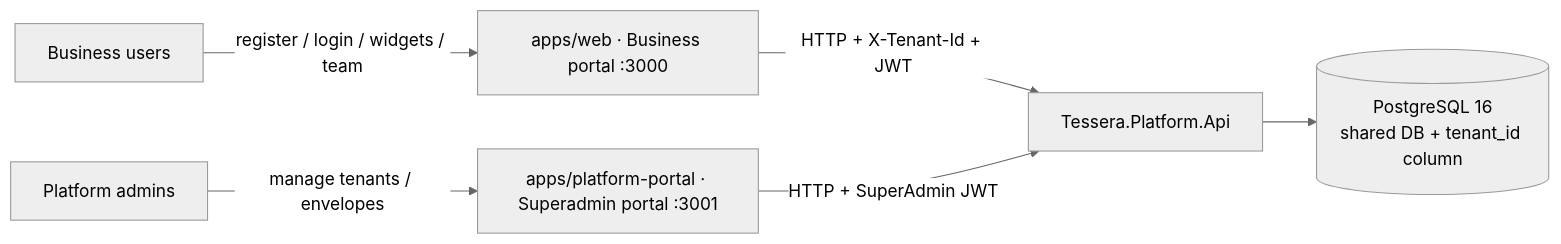
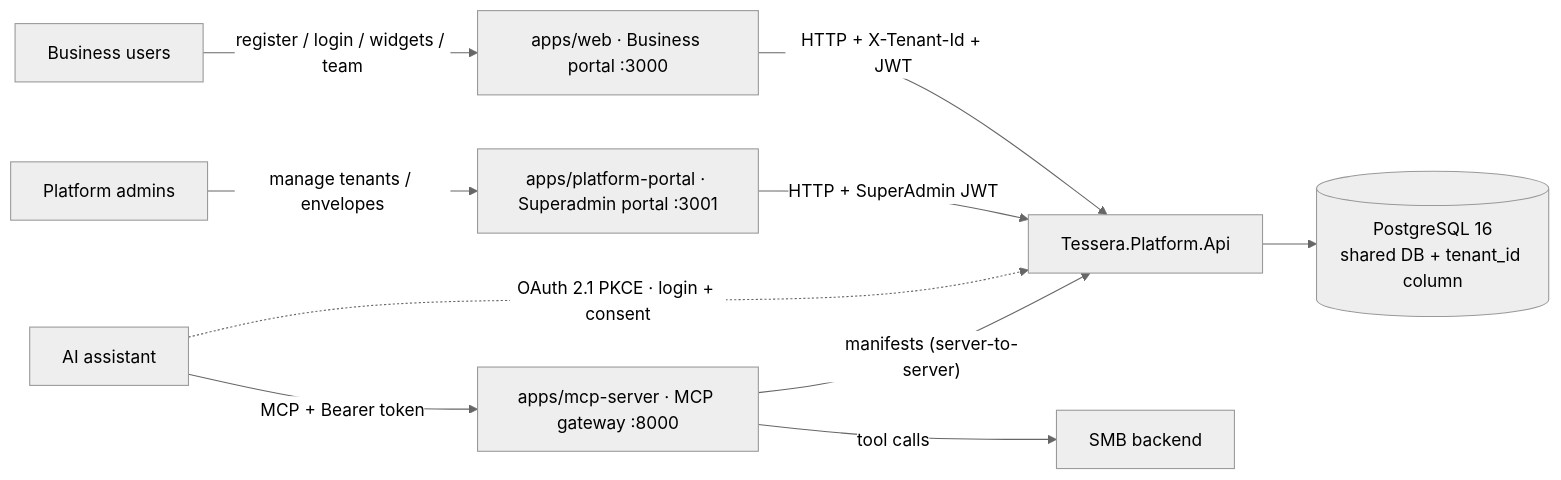
The first of 10 diagrams in docs/README.md (Haskeeb265/Tessra), drawn with Mermaid (neutral theme) before and after one commit. The commit also changed other lines of this file and 26 other files, not shown here.

````diff
--- a/docs/README.md
+++ b/docs/README.md
@@ -27,8 +28,12 @@
 ```mermaid
 flowchart LR
     BU[Business users] -->|register / login / widgets / team| WEB["apps/web · Business portal :3000"]
     SA[Platform admins] -->|manage tenants / envelopes| PP["apps/platform-portal · Superadmin portal :3001"]
     WEB -->|HTTP + X-Tenant-Id + JWT| API["Tessera.Platform.Api"]
     PP -->|HTTP + SuperAdmin JWT| API
     API --> DB[("PostgreSQL 16<br/>shared DB + tenant_id column")]
+    AI[AI assistant] -->|"MCP + Bearer token"| GW["apps/mcp-server · MCP gateway :8000"]
+    AI -.->|"OAuth 2.1 PKCE · login + consent"| API
+    GW -->|"manifests (server-to-server)"| API
+    GW -->|"tool calls"| SMB["SMB backend"]
 ```
````
